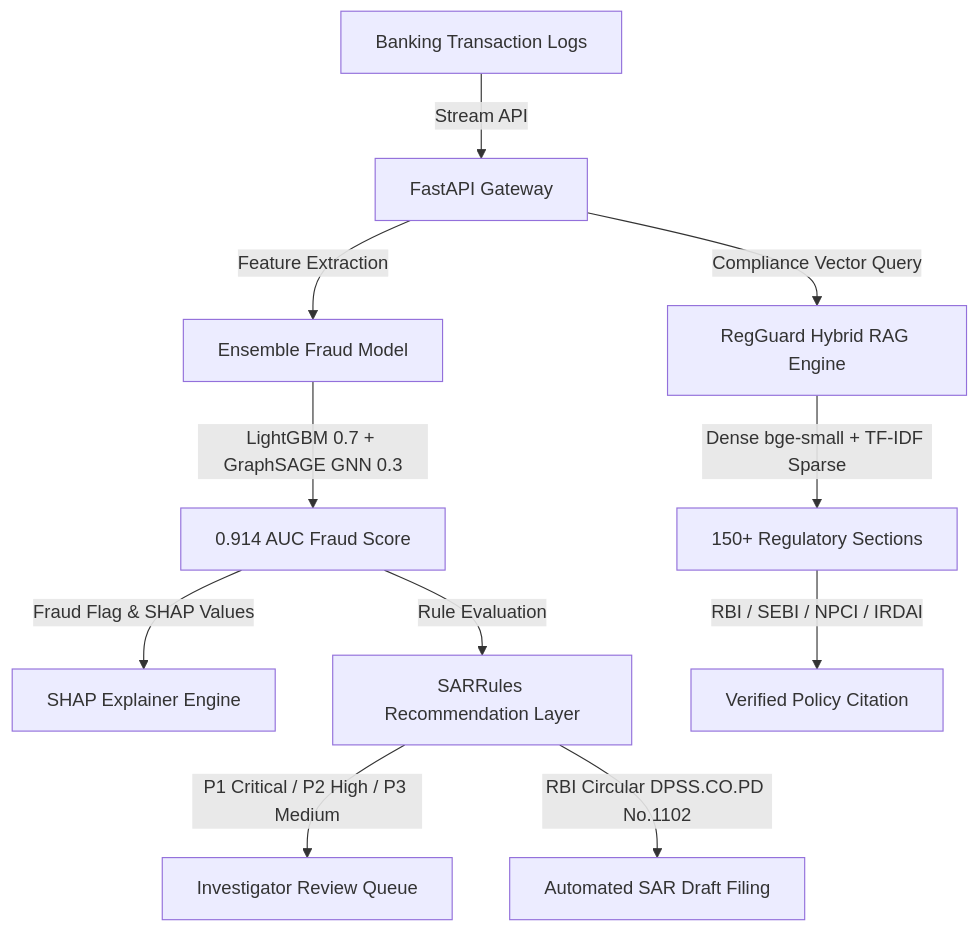
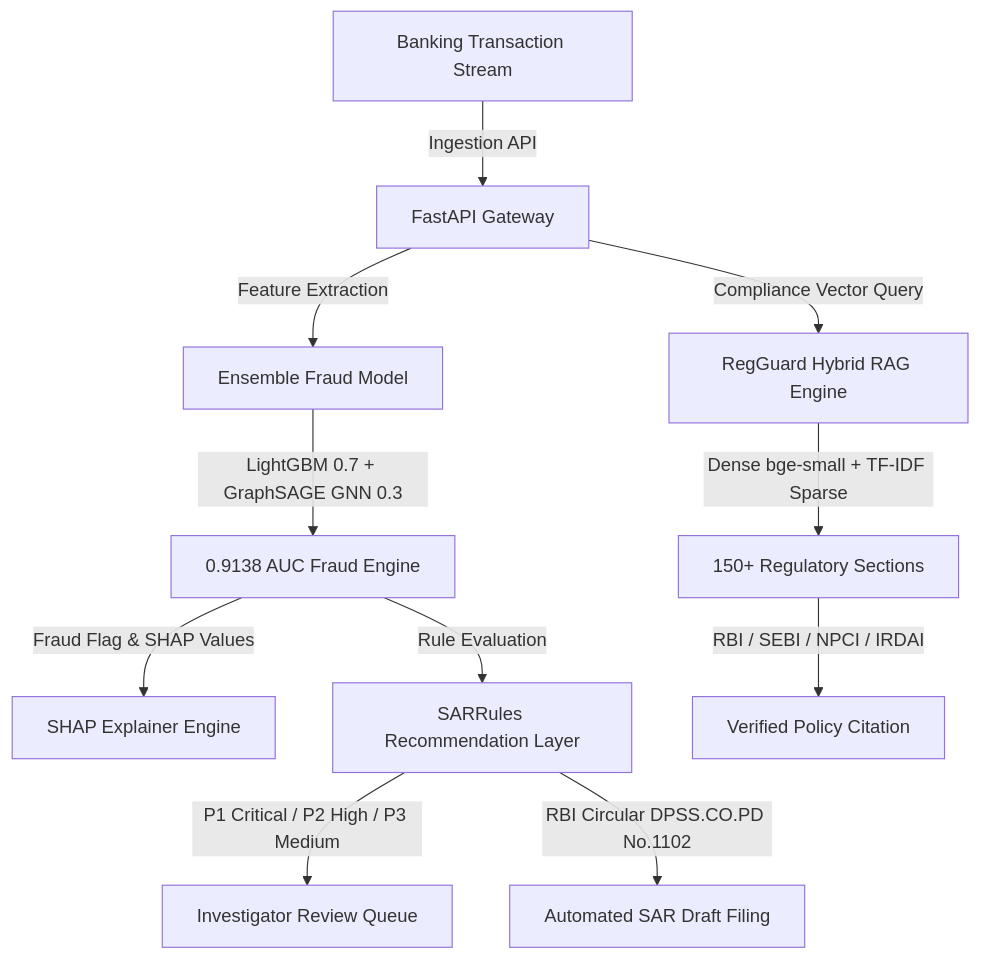
One commit to Gaurav711cgu/Aarthaa_ai changed the diagram in README.md. Above: the diagram before and after it, drawn with Mermaid. The commit also changed other lines of this file, not shown here.

````diff
--- a/README.md
+++ b/README.md
@@ -42,15 +79,15 @@
 ```mermaid
 graph TD
-    A[Banking Transaction Logs] -->|Stream API| B[FastAPI Gateway]
+    A[Banking Transaction Stream] -->|Ingestion API| B[FastAPI Gateway]
     B -->|Feature Extraction| C[Ensemble Fraud Model]
-    C -->|LightGBM 0.7 + GraphSAGE GNN 0.3| D[0.914 AUC Fraud Score]
+    C -->|LightGBM 0.7 + GraphSAGE GNN 0.3| D[0.9138 AUC Fraud Engine]
     D -->|Fraud Flag & SHAP Values| E[SHAP Explainer Engine]
     D -->|Rule Evaluation| F[SARRules Recommendation Layer]
     
     F -->|P1 Critical / P2 High / P3 Medium| G[Investigator Review Queue]
     F -->|RBI Circular DPSS.CO.PD No.1102| H[Automated SAR Draft Filing]
 
     B -->|Compliance Vector Query| I[RegGuard Hybrid RAG Engine]
     I -->|Dense bge-small + TF-IDF Sparse| J[150+ Regulatory Sections]
     J -->|RBI / SEBI / NPCI / IRDAI| K[Verified Policy Citation]
 ```
````
